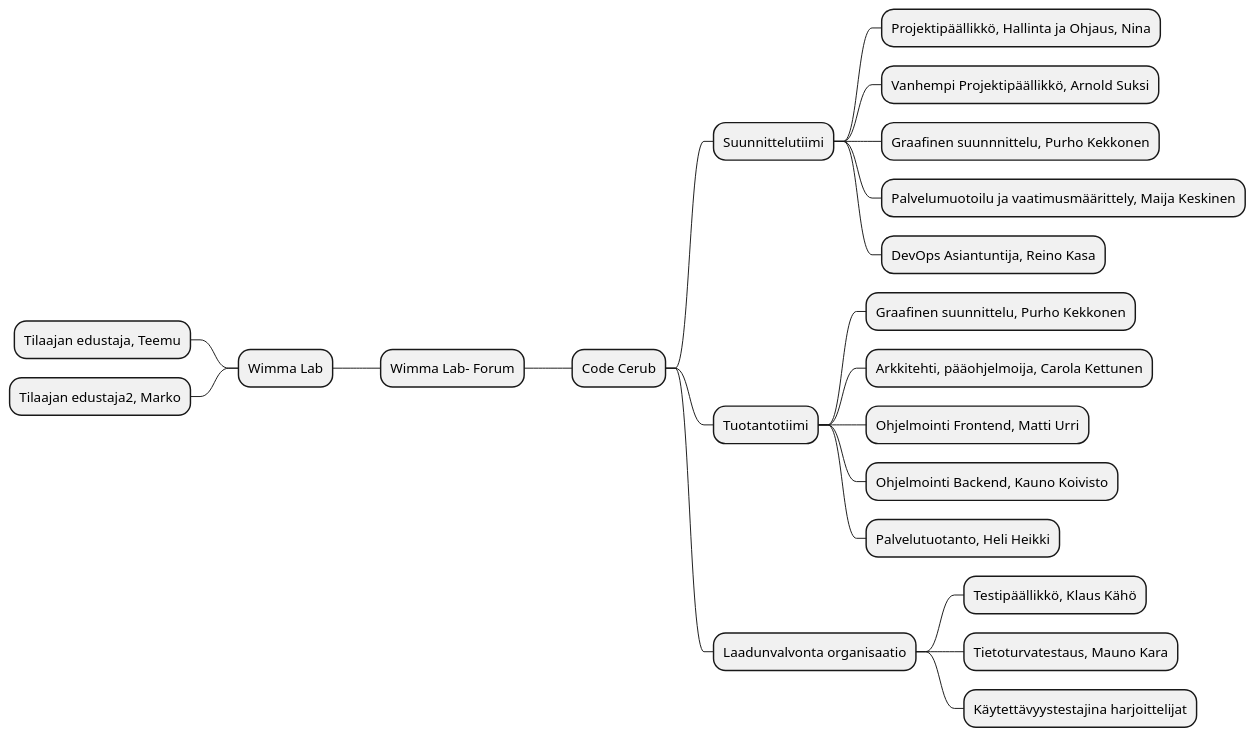
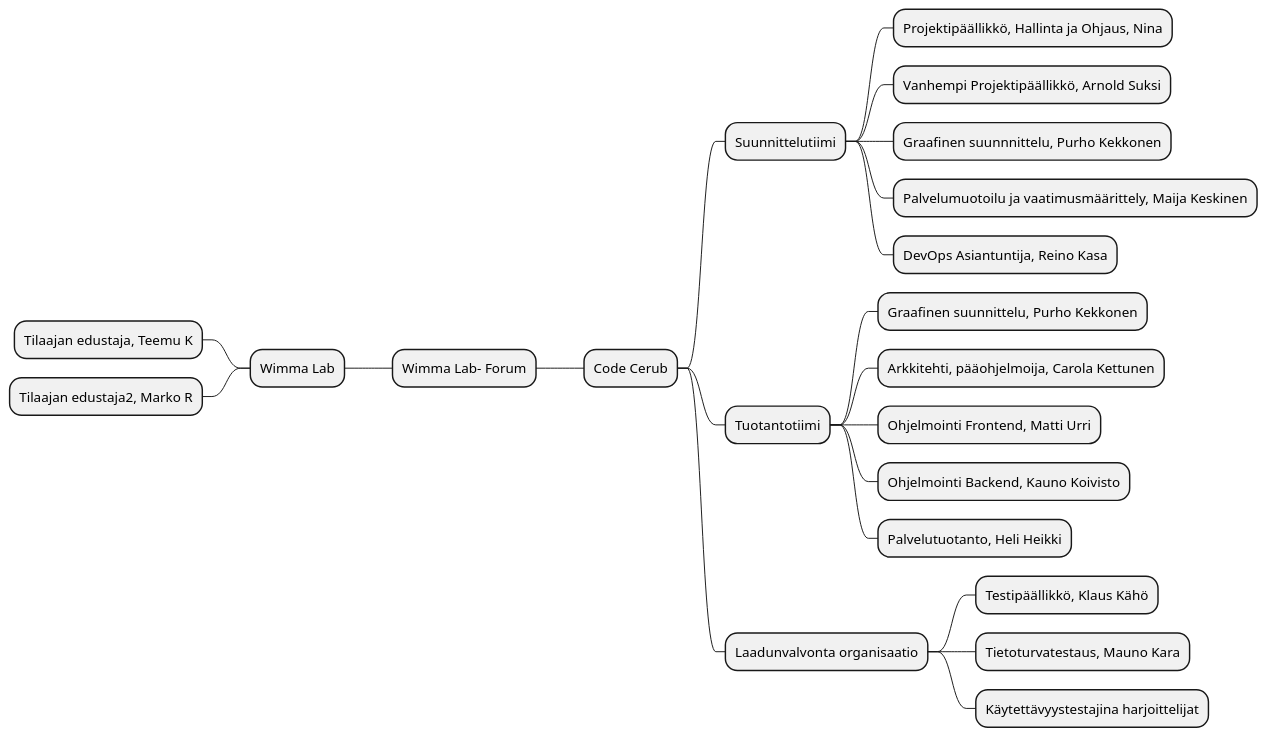
Before and after one commit to ninaleo/S2021-AB5160-core: the first of 2 diagrams in dokumentit/10-Projektihallinta/projektisuunnitelma.md, drawn with PlantUML. The commit also changed other lines of this file, not shown here.

````diff
--- a/dokumentit/10-Projektihallinta/projektisuunnitelma.md
+++ b/dokumentit/10-Projektihallinta/projektisuunnitelma.md
@@ -110,25 +116,25 @@
 ```plantuml
 @startmindmap
 - Wimma Lab- Forum
 ++ Code Cerub
 +++ Suunnittelutiimi
 ++++ Projektipäällikkö, Hallinta ja Ohjaus, Nina
 ++++ Vanhempi Projektipäällikkö, Arnold Suksi
 ++++ Graafinen suunnnittelu, Purho Kekkonen
 ++++ Palvelumuotoilu ja vaatimusmäärittely, Maija Keskinen
 ++++ DevOps Asiantuntija, Reino Kasa
 +++ Tuotantotiimi
 ++++ Graafinen suunnittelu, Purho Kekkonen
 ++++ Arkkitehti, pääohjelmoija, Carola Kettunen
 ++++ Ohjelmointi Frontend, Matti Urri
 ++++ Ohjelmointi Backend, Kauno Koivisto
 ++++ Palvelutuotanto, Heli Heikki
 -- Wimma Lab
---- Tilaajan edustaja, Teemu
+--- Tilaajan edustaja, Teemu K
 +++ Laadunvalvonta organisaatio
 ++++ Testipäällikkö, Klaus Kähö
 ++++ Tietoturvatestaus, Mauno Kara
 ++++ Käytettävyystestajina harjoittelijat
---- Tilaajan edustaja2, Marko
+--- Tilaajan edustaja2, Marko R
 @endmindmap
 ```
````
